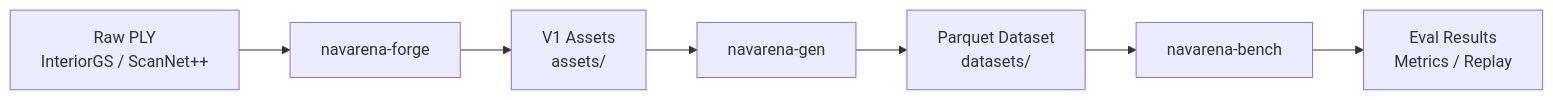
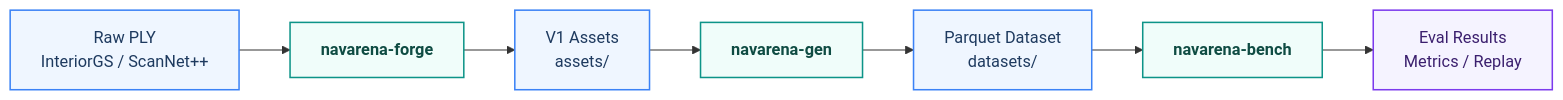
The second of 2 diagrams in docs/en/concepts/architecture.md (EI-Nav/NavArena-Doc), drawn with Mermaid before and after one commit. The commit also changed other lines of this file and 7 other files, not shown here.

````diff
--- a/docs/en/concepts/architecture.md
+++ b/docs/en/concepts/architecture.md
@@ -49,9 +54,13 @@
 ```mermaid
 flowchart LR
-    A["Raw PLY\nInteriorGS / ScanNet++"] --> B[navarena-forge]
-    B --> C["V1 Assets\nassets/"]
-    C --> D[navarena-gen]
-    D --> E["Parquet Dataset\ndatasets/"]
-    E --> F[navarena-bench]
-    F --> G["Eval Results\nMetrics / Replay"]
+    classDef data    fill:#EFF6FF,stroke:#3B82F6,stroke-width:1.5px,color:#1E3A5F
+    classDef module  fill:#F0FDFA,stroke:#0D9488,stroke-width:1.5px,color:#0F4C43,font-weight:600
+    classDef output  fill:#F5F3FF,stroke:#7C3AED,stroke-width:1.5px,color:#3B1F6E
+
+    A["Raw PLY\nInteriorGS / ScanNet++"]:::data --> B[navarena-forge]:::module
+    B --> C["V1 Assets\nassets/"]:::data
+    C --> D[navarena-gen]:::module
+    D --> E["Parquet Dataset\ndatasets/"]:::data
+    E --> F[navarena-bench]:::module
+    F --> G["Eval Results\nMetrics / Replay"]:::output
 ```
````
